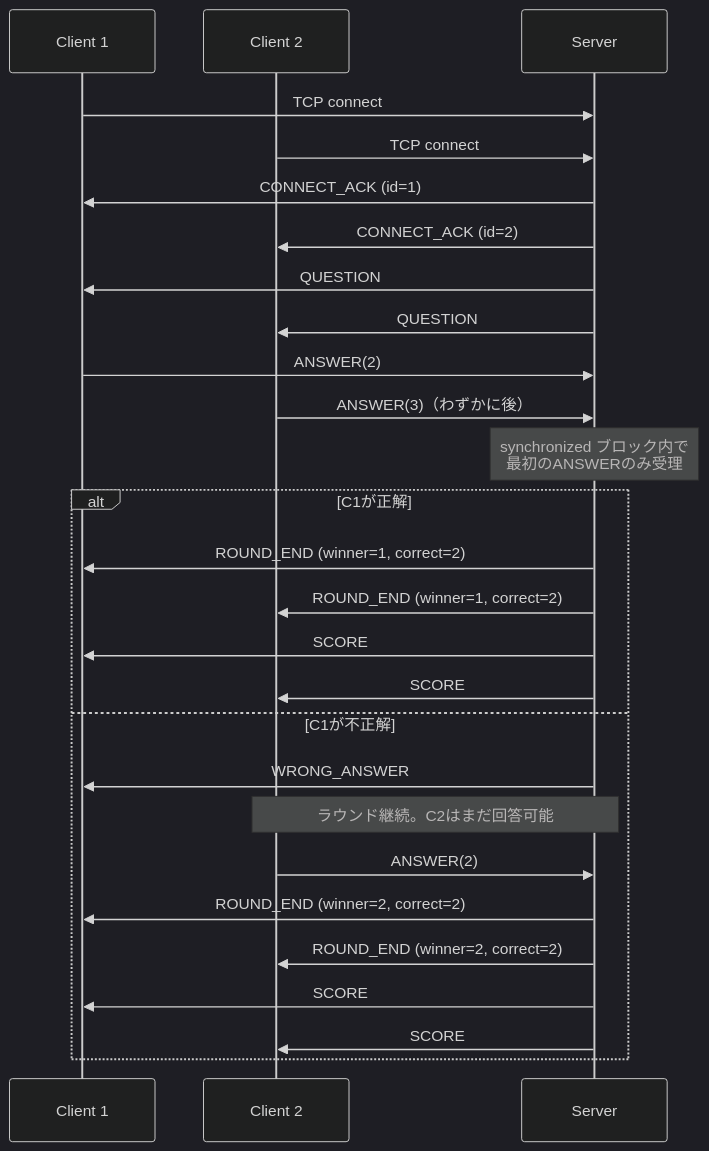
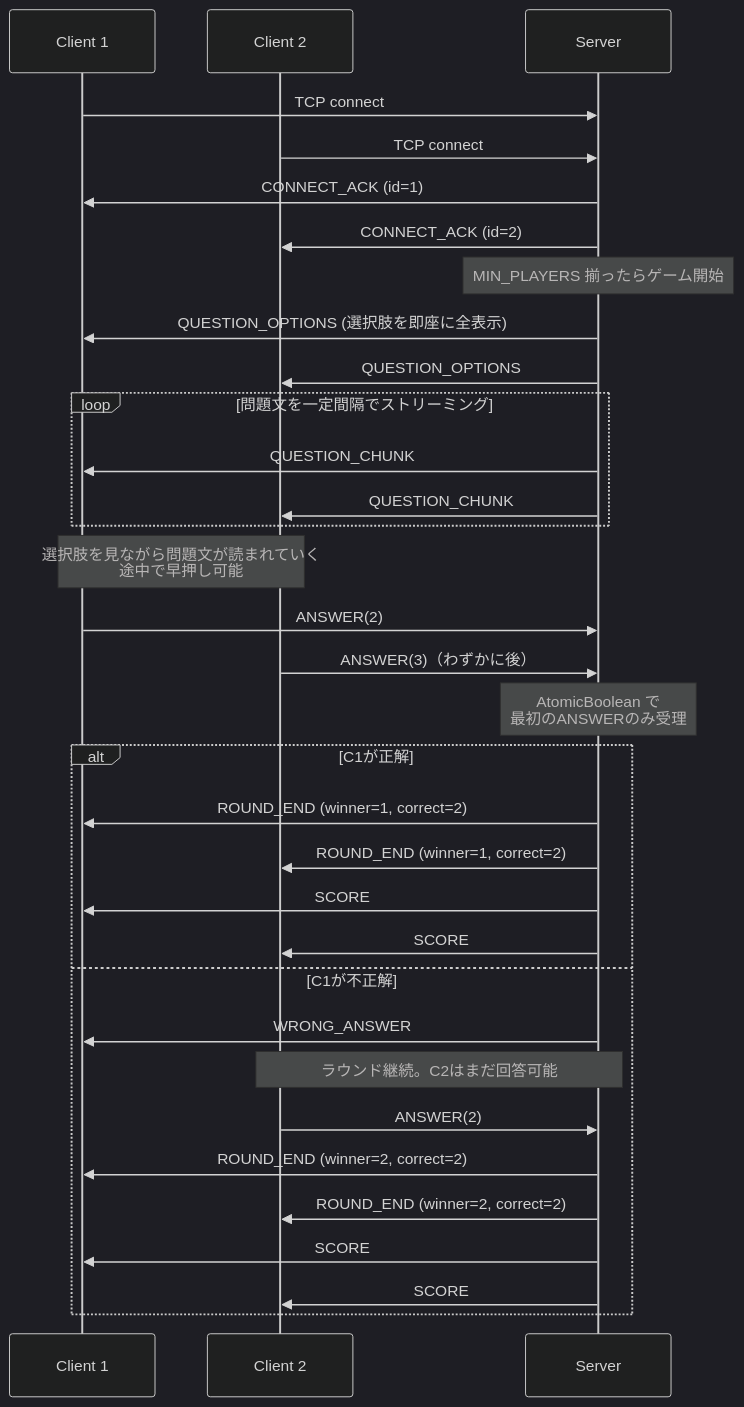
The second of 2 diagrams in docs/design/2026-05-03-communication-sync.md (tsukuneA1/exp-b-socket-quiz), drawn with Mermaid (dark theme) before and after one commit.

Commit message:
docs: シーケンス図を更新
QUESTION_OPTIONS→QUESTION_CHUNK ストリーミングの理想フローを明記。

````diff
--- a/docs/design/2026-05-03-communication-sync.md
+++ b/docs/design/2026-05-03-communication-sync.md
@@ -94,34 +94,43 @@
 ```mermaid
 sequenceDiagram
     participant C1 as Client 1
     participant C2 as Client 2
     participant S as Server
 
     C1->>S: TCP connect
     C2->>S: TCP connect
     S->>C1: CONNECT_ACK (id=1)
     S->>C2: CONNECT_ACK (id=2)
 
-    S->>C1: QUESTION
-    S->>C2: QUESTION
+    Note over S: MIN_PLAYERS 揃ったらゲーム開始
+
+    S->>C1: QUESTION_OPTIONS (選択肢を即座に全表示)
+    S->>C2: QUESTION_OPTIONS
+
+    loop 問題文を一定間隔でストリーミング
+        S->>C1: QUESTION_CHUNK
+        S->>C2: QUESTION_CHUNK
+    end
+
+    Note over C1,C2: 選択肢を見ながら問題文が読まれていく<br/>途中で早押し可能
 
     C1->>S: ANSWER(2)
     C2->>S: ANSWER(3)（わずかに後）
 
-    Note over S: synchronized ブロック内で<br/>最初のANSWERのみ受理
+    Note over S: AtomicBoolean で<br/>最初のANSWERのみ受理
 
     alt C1が正解
         S->>C1: ROUND_END (winner=1, correct=2)
         S->>C2: ROUND_END (winner=1, correct=2)
         S->>C1: SCORE
         S->>C2: SCORE
     else C1が不正解
         S->>C1: WRONG_ANSWER
         Note over S,C2: ラウンド継続。C2はまだ回答可能
         C2->>S: ANSWER(2)
         S->>C1: ROUND_END (winner=2, correct=2)
         S->>C2: ROUND_END (winner=2, correct=2)
         S->>C1: SCORE
         S->>C2: SCORE
     end
 ```
````
